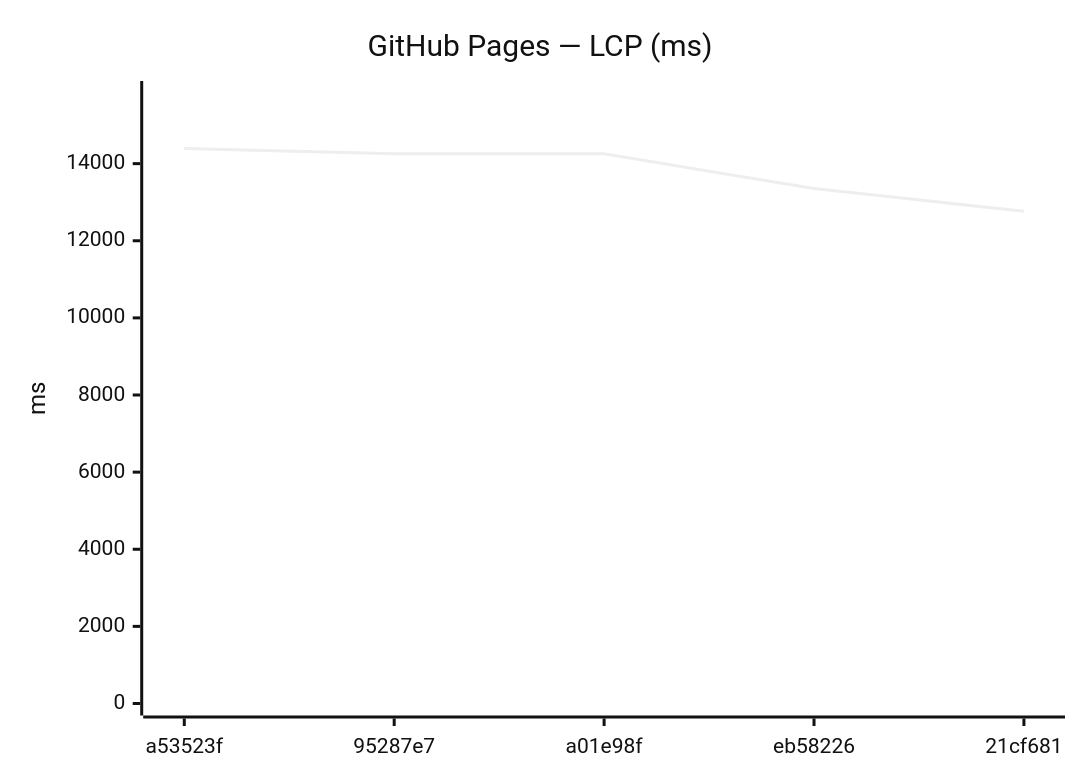
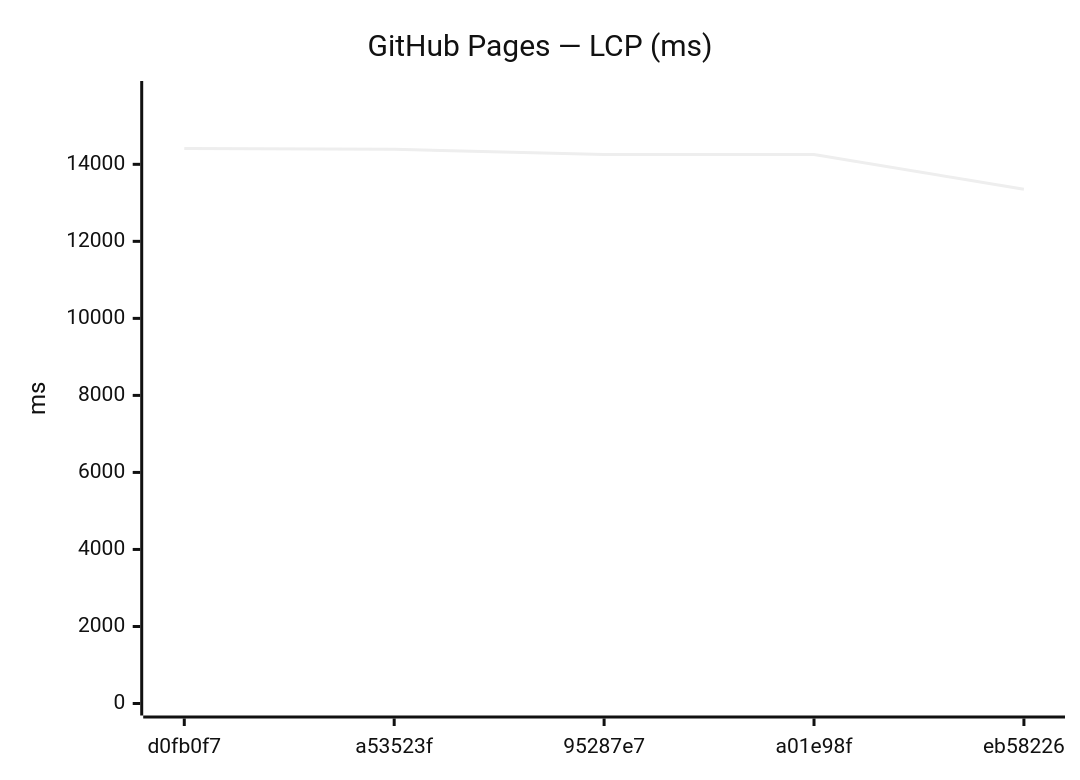
The ninth of 18 diagrams in benchmarks/compare.md (Metaheurist/Rianell), drawn with Mermaid (neutral theme) before and after one commit. The commit also changed other lines of this file and 11 other files, not shown here.

````diff
--- a/benchmarks/compare.md
+++ b/benchmarks/compare.md
@@ -142,7 +142,7 @@
 ```mermaid
 xychart-beta
     title "GitHub Pages — LCP (ms)"
-    x-axis ["a53523f", "95287e7", "a01e98f", "eb58226", "21cf681"]
-    y-axis "ms" 0 --> 15832
-    line [14392, 14255, 14254, 13354, 12763]
+    x-axis ["d0fb0f7", "a53523f", "95287e7", "a01e98f", "eb58226"]
+    y-axis "ms" 0 --> 15852
+    line [14410, 14392, 14255, 14254, 13354]
 ```
````
